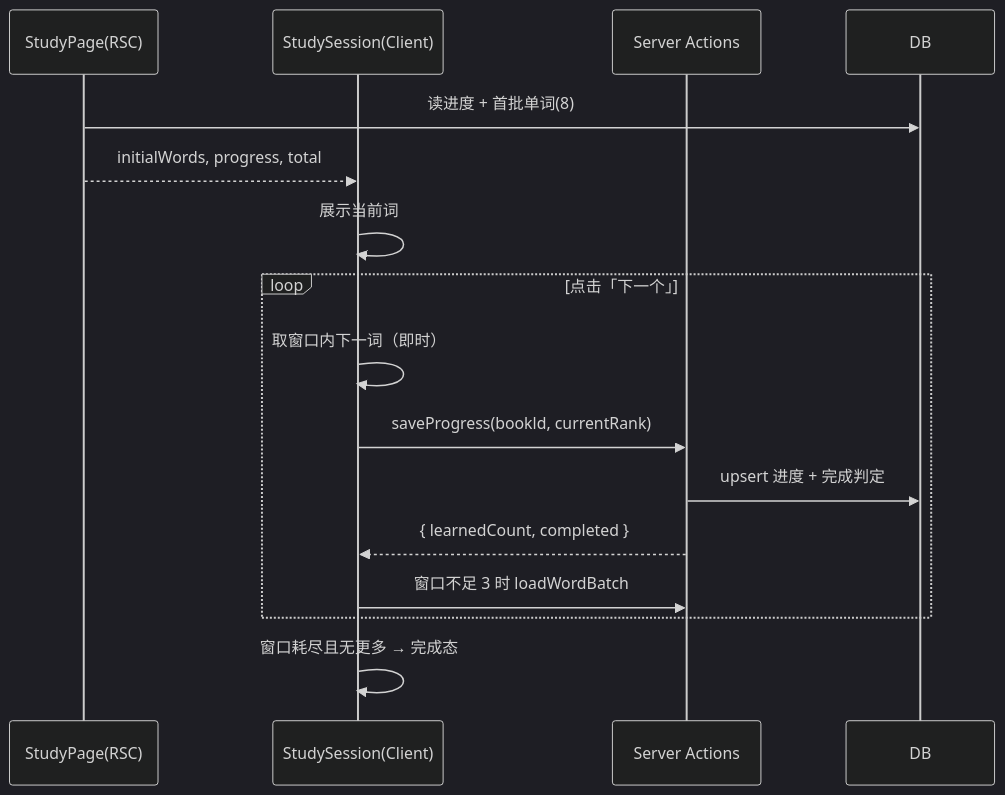
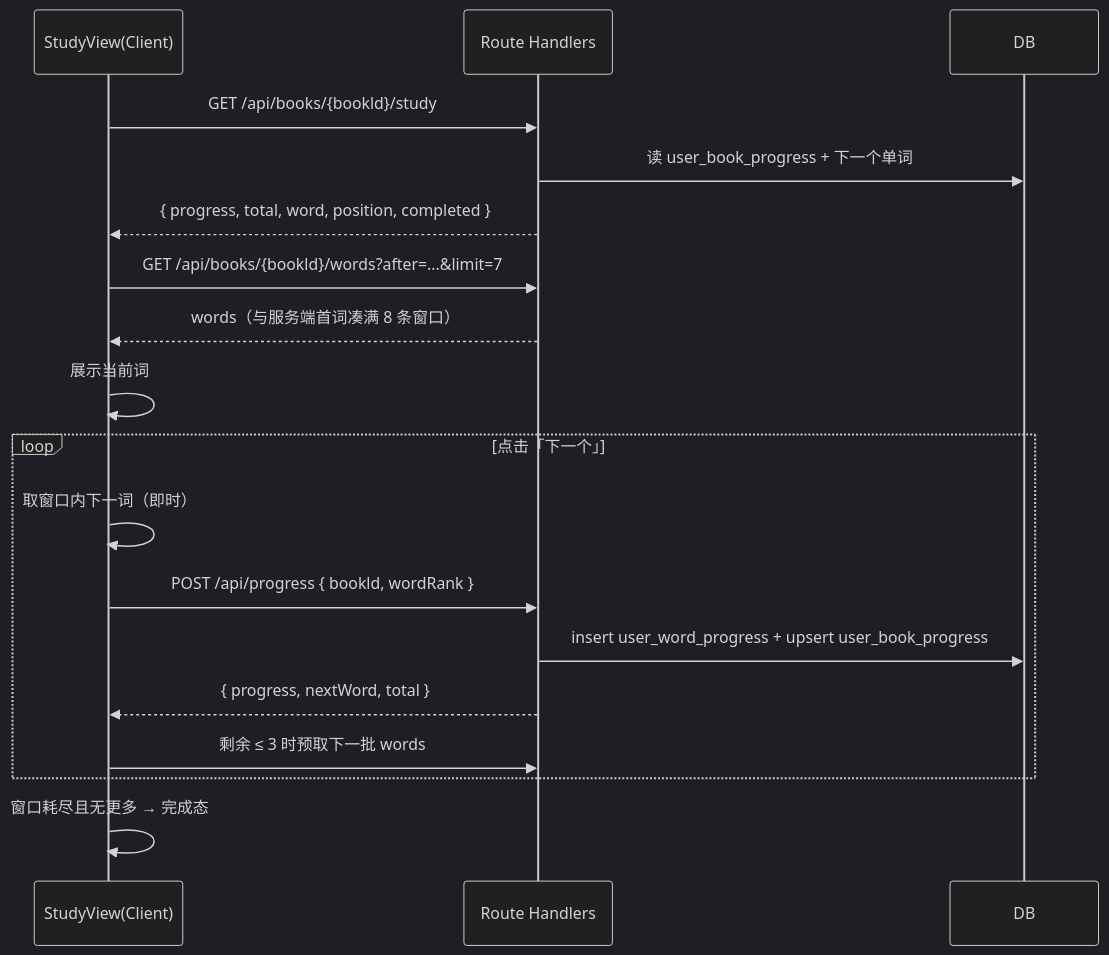
The fourth of 4 diagrams in nextjs-starter/docs/design.md (Jasper-Liao2026/wordslearn), drawn with Mermaid (dark theme) before and after one commit. The commit also changed other lines of this file and 1 other file, not shown here.

Commit message:
docs: 同步双进度表、API 路由与实际文件结构

````diff
--- a/nextjs-starter/docs/design.md
+++ b/nextjs-starter/docs/design.md
@@ -1077,19 +1166,21 @@
 ```mermaid
 sequenceDiagram
-  participant RSC as StudyPage(RSC)
-  participant SC as StudySession(Client)
-  participant A as Server Actions
+  participant SC as StudyView(Client)
+  participant API as Route Handlers
   participant D as DB
 
-  RSC->>D: 读进度 + 首批单词(8)
-  RSC-->>SC: initialWords, progress, total
+  SC->>API: GET /api/books/{bookld}/study
+  API->>D: 读 user_book_progress + 下一个单词
+  API-->>SC: { progress, total, word, position, completed }
+  SC->>API: GET /api/books/{bookld}/words?after=...&limit=7
+  API-->>SC: words（与服务端首词凑满 8 条窗口）
   SC->>SC: 展示当前词
   loop 点击「下一个」
     SC->>SC: 取窗口内下一词（即时）
-    SC->>A: saveProgress(bookld, currentRank)
-    A->>D: upsert 进度 + 完成判定
-    A-->>SC: { learnedCount, completed }
-    SC->>A: 窗口不足 3 时 loadWordBatch
+    SC->>API: POST /api/progress { bookld, wordRank }
+    API->>D: insert user_word_progress + upsert user_book_progress
+    API-->>SC: { progress, nextWord, total }
+    SC->>API: 剩余 ≤ 3 时预取下一批 words
   end
   SC->>SC: 窗口耗尽且无更多 → 完成态
 ```
````
